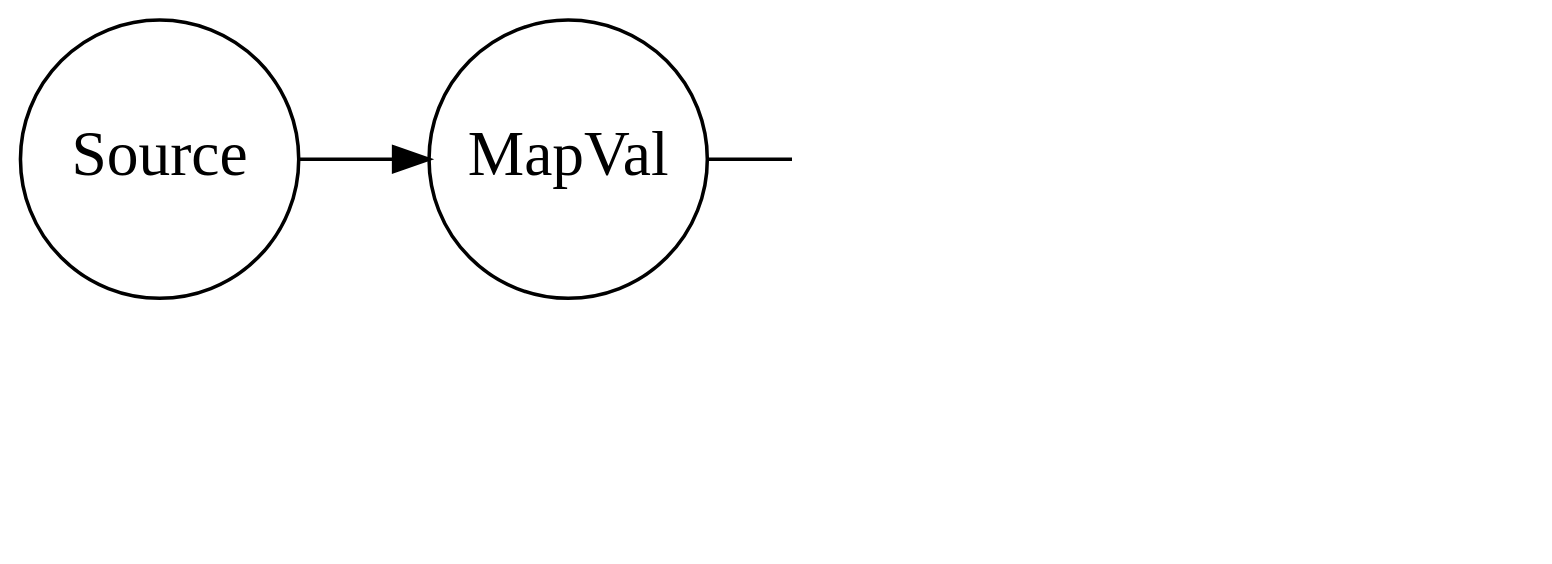
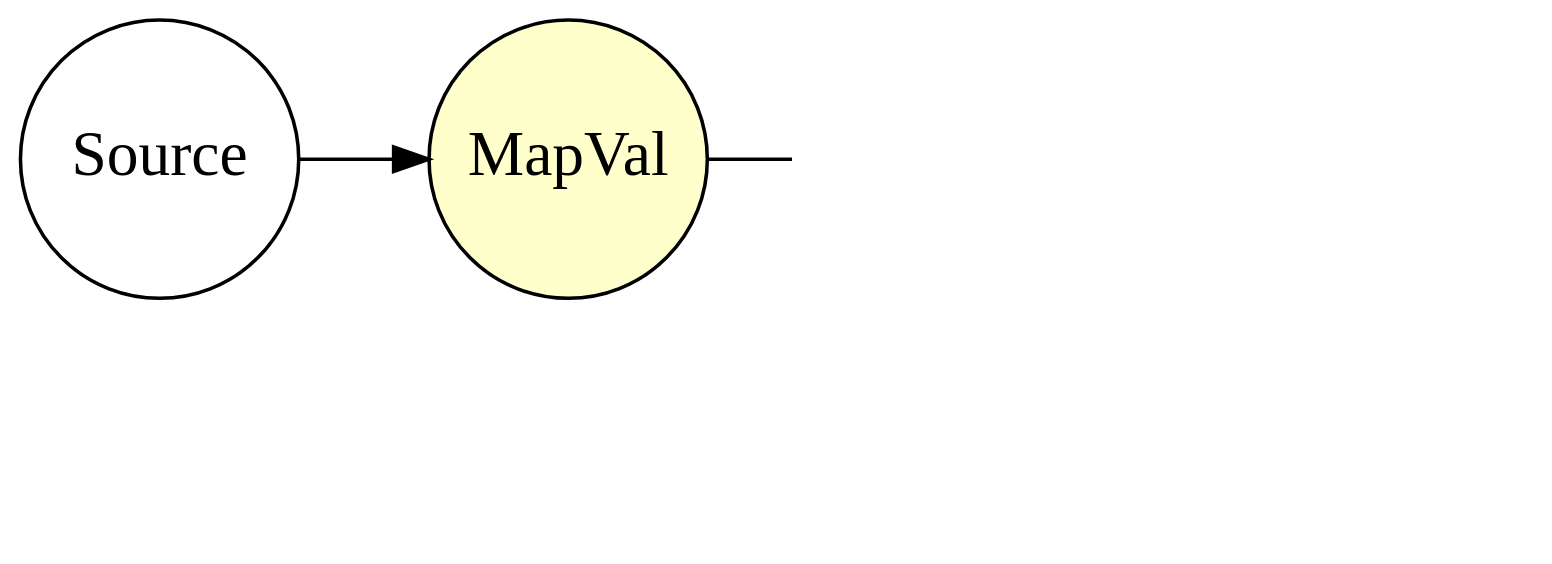
One commit to inponomarev/kslides-short changed the sixth of 19 diagrams in kstreams.adoc. Above: the diagram before and after it, drawn with Graphviz. The commit also changed other lines of this file and 18 other files, not shown here.

```diff
--- a/kstreams.adoc
+++ b/kstreams.adoc
@@ -520,12 +566,13 @@
-[graphviz, "counting-topology.png"]
+[graphviz, "counting-topology2.png"]
 -----
 digraph G {
 graph [ dpi = 150 ]; 
 rankdir="LR";
 node [fontsize=18; shape="circle"; fixedsize="true"; width="1.1"];
+MapVal[style=filled; fillcolor="#ffffcc"];
 Store [shape="cylinder"; label="Local Store"; fixedsize="true"; width="1.5"]
 Source -> MapVal -> Sum -> Sink
 Sum -> Store [dir=both; label=" \n "]
 {rank = same; Store; Sum;}
 }
 -----
```
